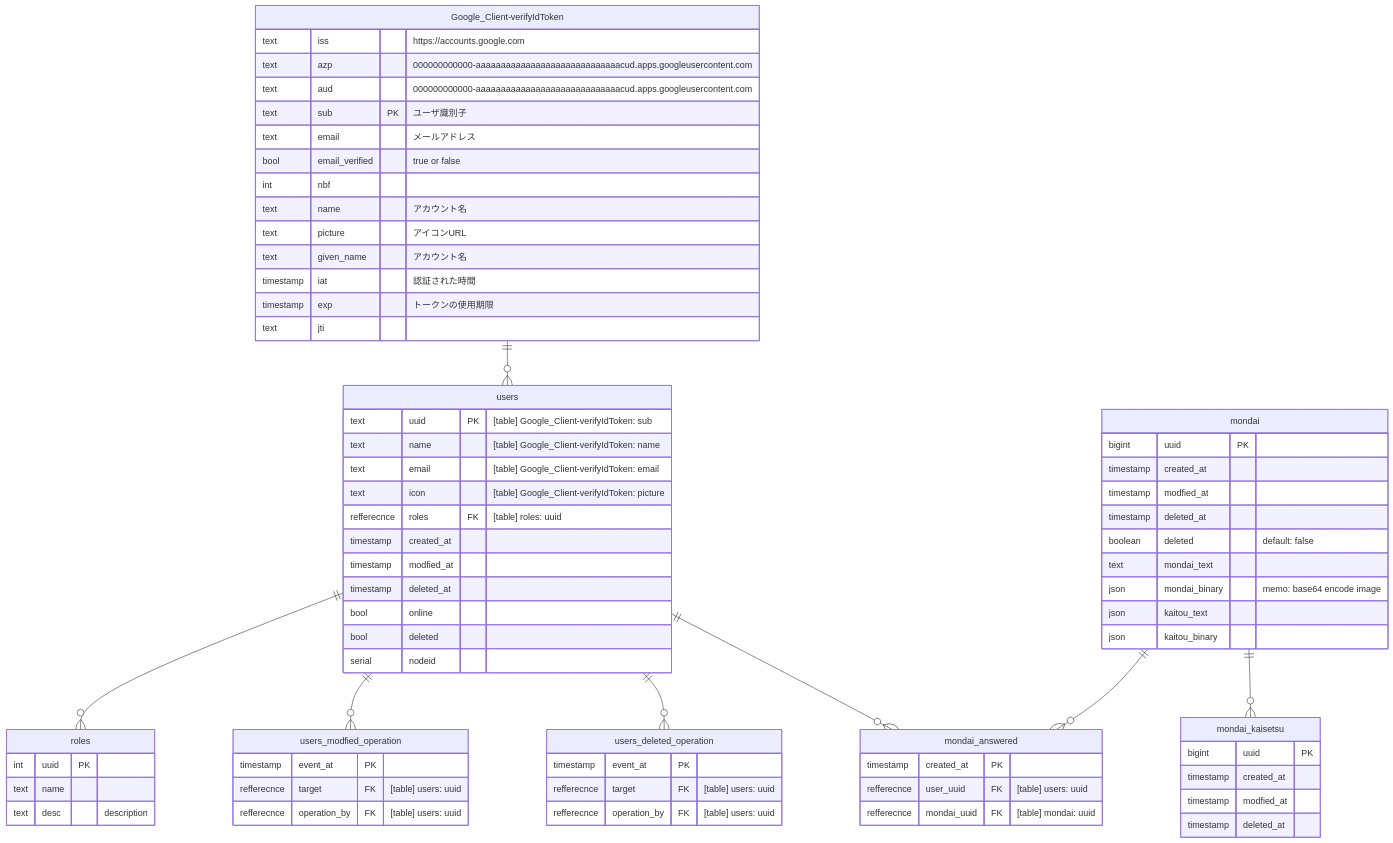
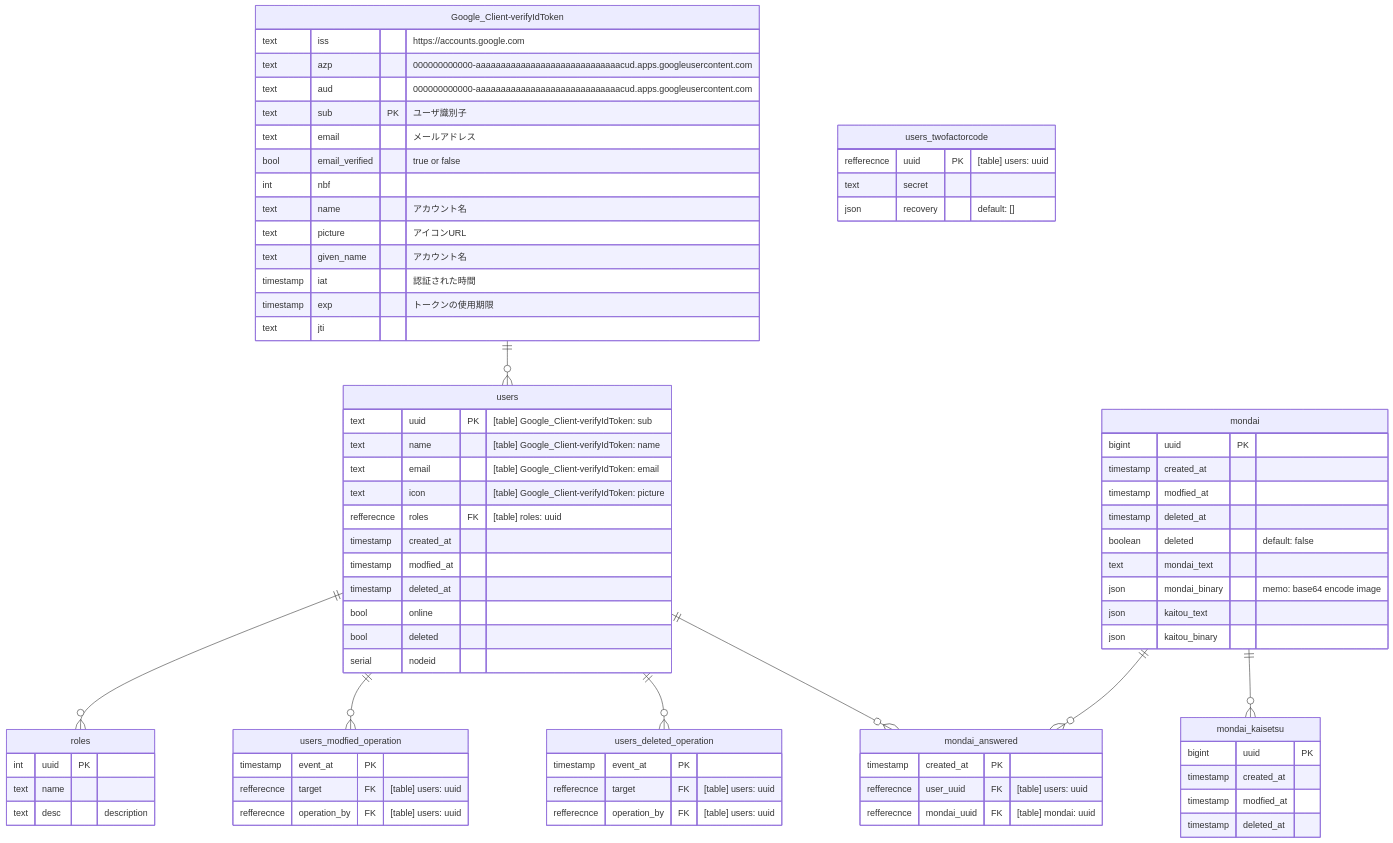
Before and after one commit to n138-kz/denkou-kakomon-dotcom: the diagram in README.md, drawn with Mermaid.

```diff
--- a/README.md
+++ b/README.md
@@ -81,6 +81,12 @@
     refferecnce operation_by FK "[table] users: uuid"
 }
 
+users_twofactorcode {
+    refferecnce uuid PK "[table] users: uuid"
+    text secret
+    json recovery "default: []"
+}
+
 mondai {
     bigint uuid PK
     timestamp created_at
```
